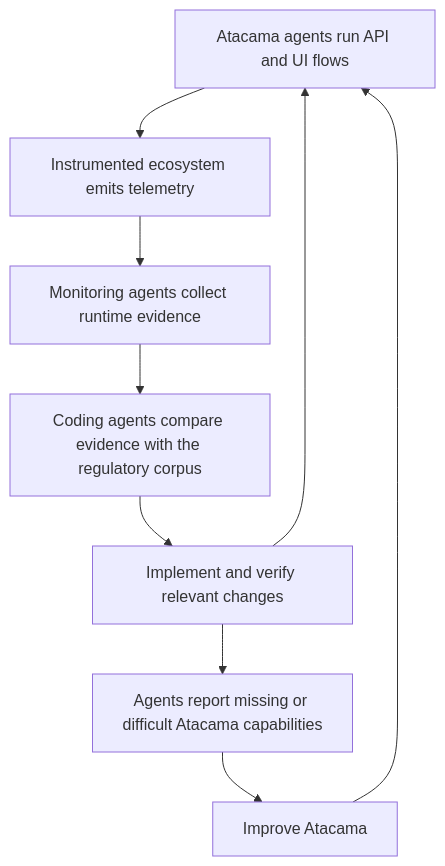
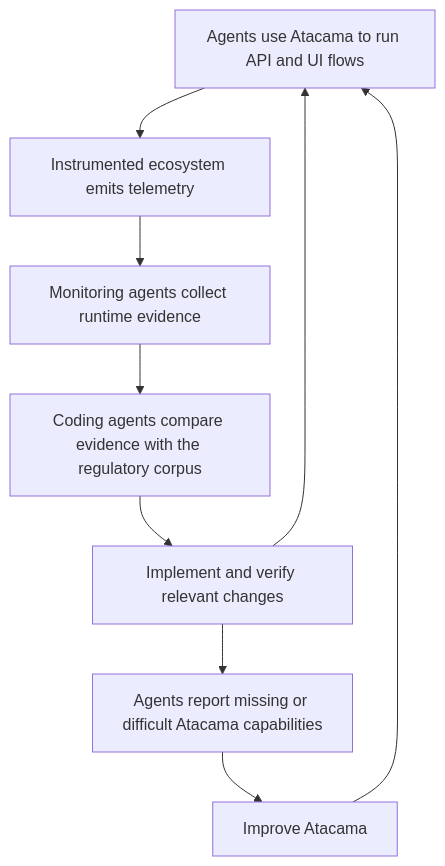
One commit to thiagogcm/nthings.dev changed the diagram in src/content/blog/code-is-cheap-verification-is-not.md. Above: the diagram before and after it, drawn with Mermaid. The commit also changed other lines of this file and 5 other files, not shown here.

````diff
--- a/src/content/blog/code-is-cheap-verification-is-not.md
+++ b/src/content/blog/code-is-cheap-verification-is-not.md
@@ -38,11 +38,11 @@
 ```mermaid
 flowchart TD
-    A[Atacama agents run API and UI flows] --> B[Instrumented ecosystem emits telemetry]
+    A[Agents use Atacama to run API and UI flows] --> B[Instrumented ecosystem emits telemetry]
     B --> C[Monitoring agents collect runtime evidence]
     C --> D[Coding agents compare evidence with the regulatory corpus]
     D --> E[Implement and verify relevant changes]
     E --> A
     E --> F[Agents report missing or difficult Atacama capabilities]
     F --> G[Improve Atacama]
     G --> A
 ```
````
